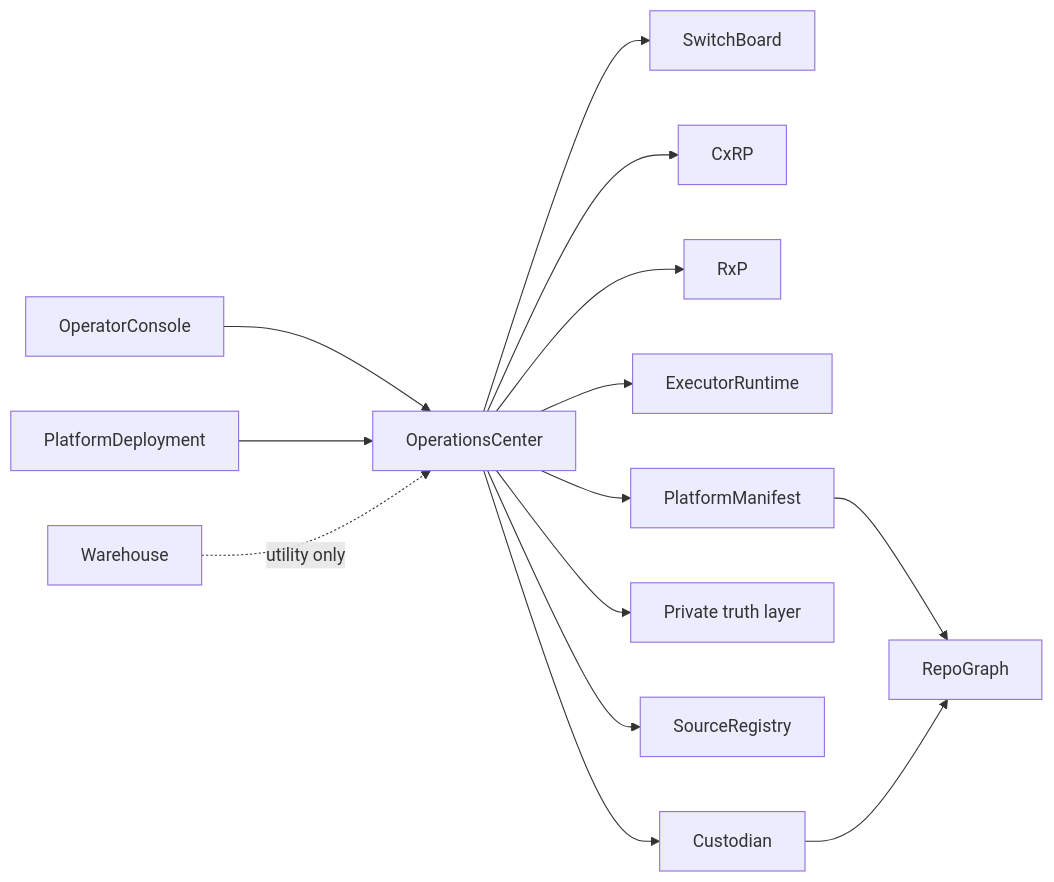
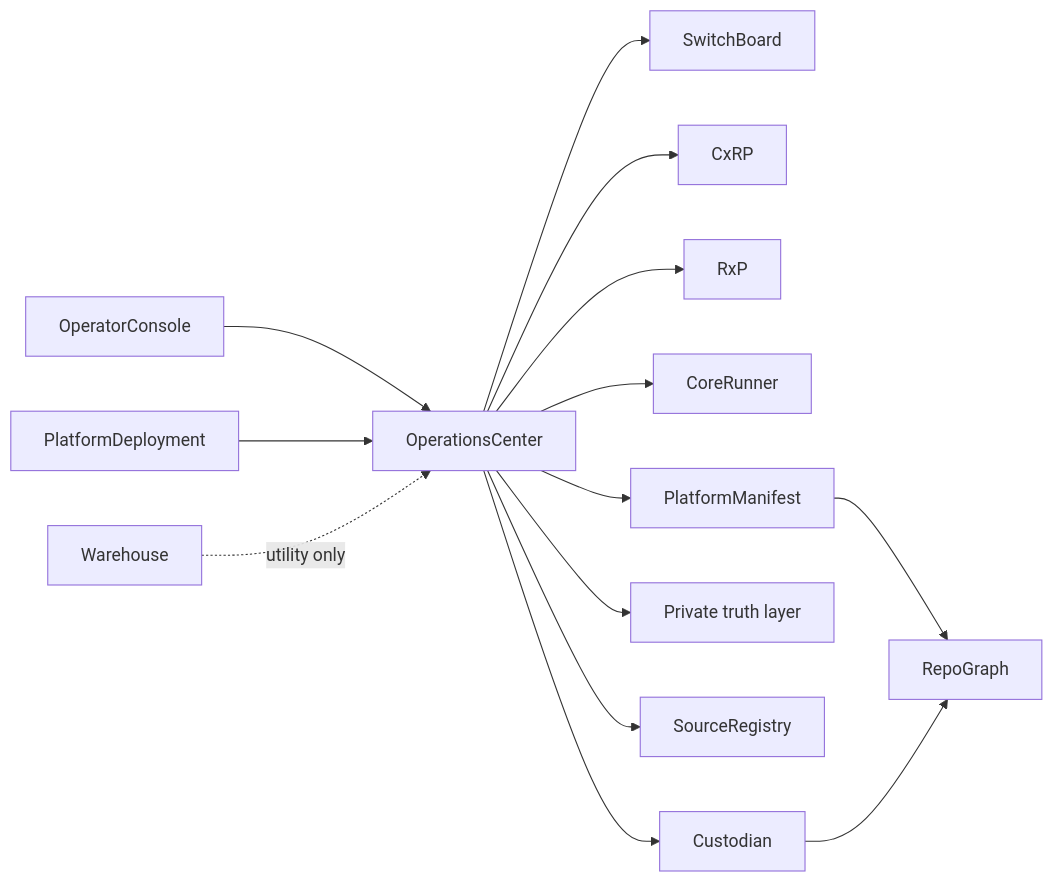
Before and after one commit to ProtocolWarden/ProtocolWarden.github.io: the diagram in docs/diagrams/ecosystem/repo-constellation.md, drawn with Mermaid. The commit also changed 20 other files, not shown here.

First line of the commit message:
docs: rename ExecutorRuntime → CoreRunner + document safe_run() consolidation

````diff
--- a/docs/diagrams/ecosystem/repo-constellation.md
+++ b/docs/diagrams/ecosystem/repo-constellation.md
@@ -5,30 +5,30 @@
 ```mermaid
 graph LR
     OC[OperatorConsole]
     OPS[OperationsCenter]
     SB[SwitchBoard]
     CX[CxRP]
     RX[RxP]
-    ER[ExecutorRuntime]
+    ER[CoreRunner]
     RG[RepoGraph]
     PM[PlatformManifest]
     PT[Private truth layer]
     SR[SourceRegistry]
     PD[PlatformDeployment]
     CU[Custodian]
     WH[Warehouse]
 
     OC --> OPS
     OPS --> SB
     OPS --> CX
     OPS --> RX
     OPS --> ER
     OPS --> PM
     OPS --> PT
     OPS --> SR
     OPS --> CU
     PM --> RG
     CU --> RG
     PD --> OPS
     WH -. utility only .-> OPS
 ```
````
